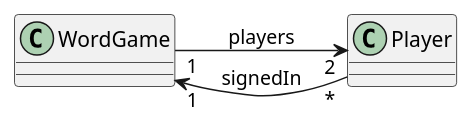
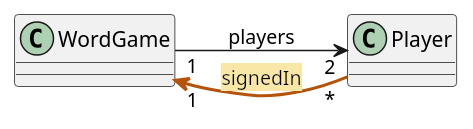
Before and after one commit to HAN-Craftsmanship-KL-JJG/oose-study: diagram 15 of 23 in app/check-design/_sections/common-mistakes-before-and-after.mdx, drawn with PlantUML. The commit also changed other lines of this file and 37 other files, not shown here.

````diff
--- a/app/check-design/_sections/common-mistakes-before-and-after.mdx
+++ b/app/check-design/_sections/common-mistakes-before-and-after.mdx
@@ -200,5 +200,5 @@
 ```plantuml
     left to right direction
     WordGame "1" --> "2" Player : players
-    Player "*" --> "1" WordGame : signedIn
+    Player "*" -[#B45309,bold]-> "1" WordGame : <back:#F9E7A8>signedIn</back>
 ```
````
